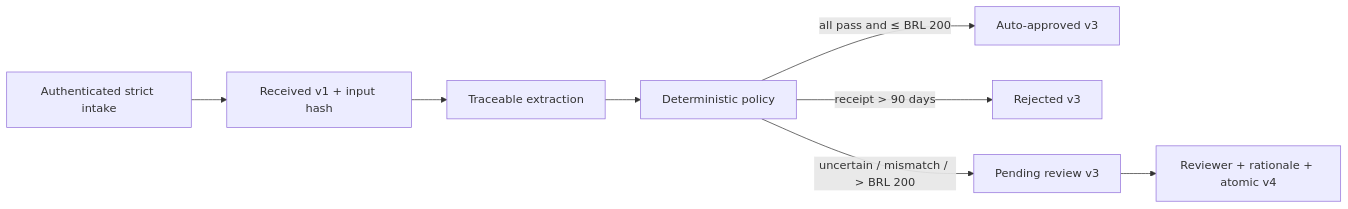
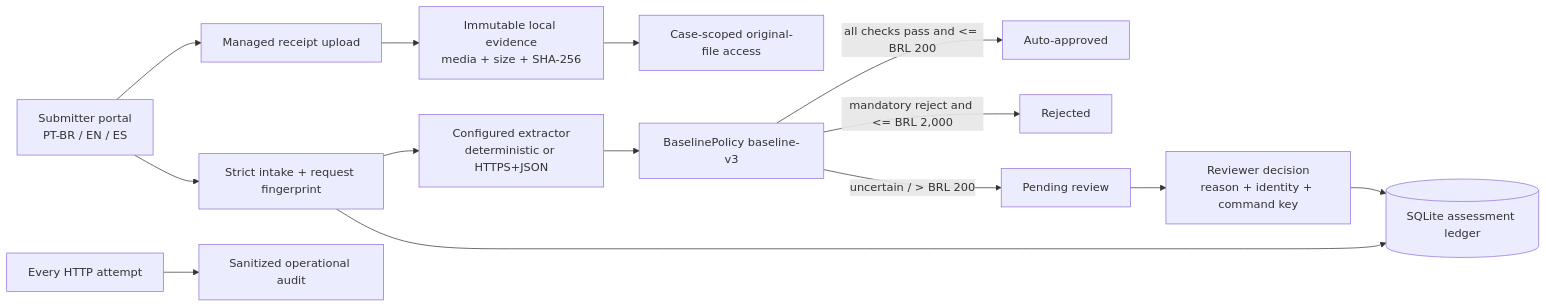
The first of 3 diagrams in docs/final-report.md (Dev-Luigy/automation_luigygabriel), drawn with Mermaid before and after one commit. The commit also changed other lines of this file and 4 other files, not shown here.

````diff
--- a/docs/final-report.md
+++ b/docs/final-report.md
@@ -17,10 +17,16 @@
 ```mermaid
 flowchart LR
-    Input["Authenticated strict intake"] --> Durable["Received v1 + input hash"]
-    Durable --> Extract["Traceable extraction"]
-    Extract --> Rules["Deterministic policy"]
-    Rules -->|"all pass and ≤ BRL 200"| Auto["Auto-approved v3"]
-    Rules -->|"receipt > 90 days"| Reject["Rejected v3"]
-    Rules -->|"uncertain / mismatch / > BRL 200"| Human["Pending review v3"]
-    Human --> Decision["Reviewer + rationale + atomic v4"]
+    S["Submitter portal\nPT-BR / EN / ES"] --> U["Managed receipt upload"]
+    U --> E["Immutable local evidence\nmedia + size + SHA-256"]
+    S --> I["Strict intake + request fingerprint"]
+    I --> X["Configured extractor\ndeterministic or HTTPS+JSON"]
+    X --> P["BaselinePolicy baseline-v3"]
+    P -->|"all checks pass and <= BRL 200"| A["Auto-approved"]
+    P -->|"mandatory reject and <= BRL 2,000"| R["Rejected"]
+    P -->|"uncertain / > BRL 200"| Q["Pending review"]
+    Q --> H["Reviewer decision\nreason + identity + command key"]
+    I --> DB[("SQLite assessment ledger")]
+    H --> DB
+    E --> F["Case-scoped original-file access"]
+    HTTP["Every HTTP attempt"] --> OA["Sanitized operational audit"]
 ```
````
